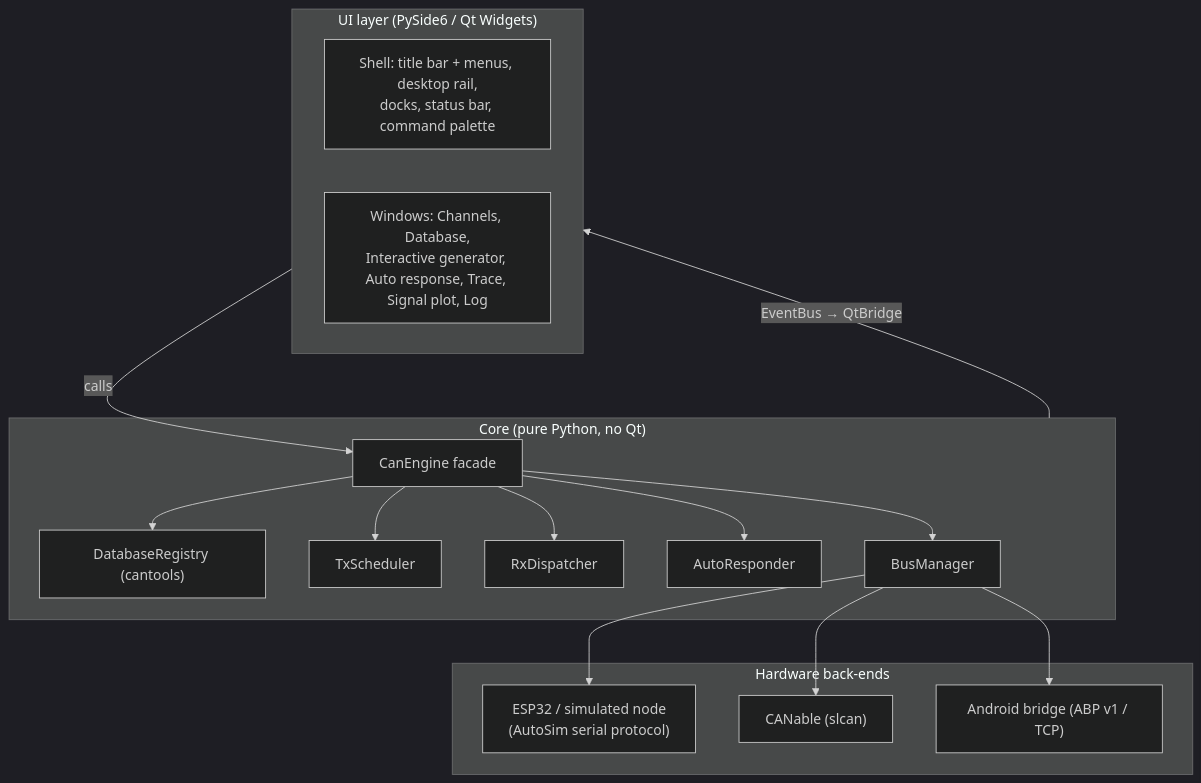
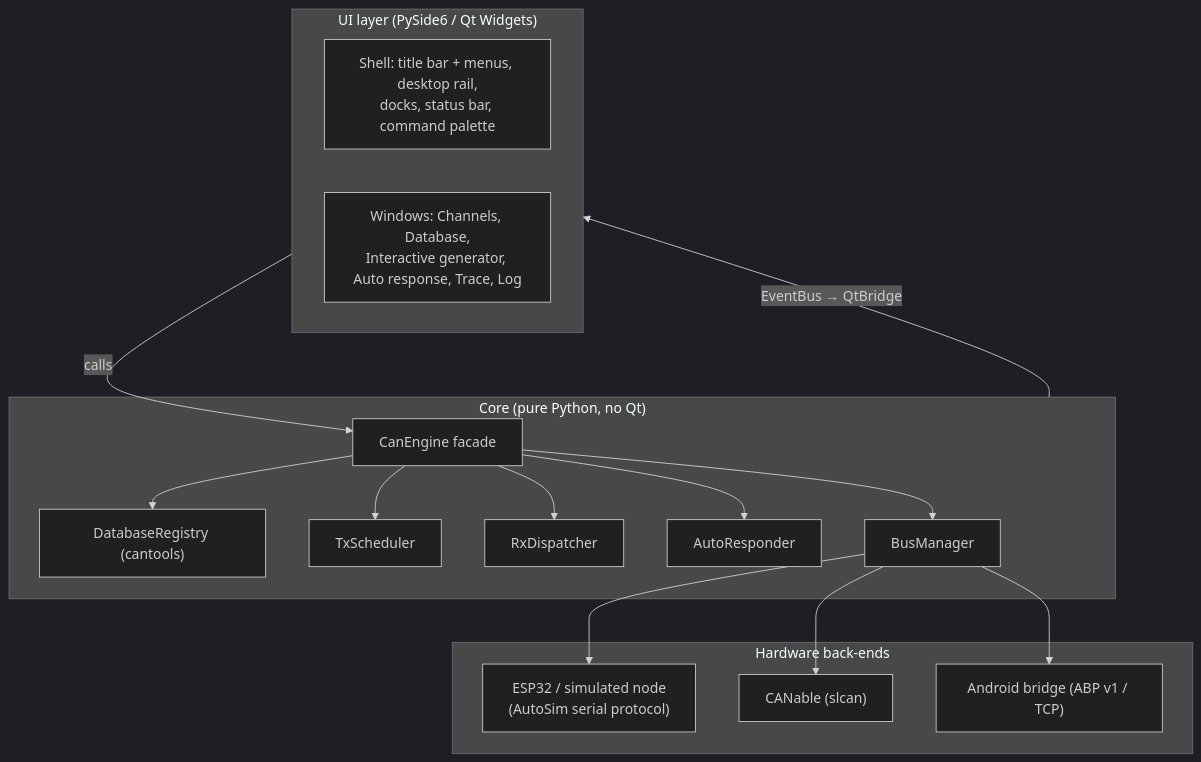
One commit to Thuongst97/CAN_SIMULATOR changed the second of 2 diagrams in docs/design/SYSTEM_DESIGN.md. Above: the diagram before and after it, drawn with Mermaid (dark theme). The commit also changed other lines of this file and 24 other files, not shown here.

First line of the commit message:
Remove the Signal plot; slimmer desktop build

````diff
--- a/docs/design/SYSTEM_DESIGN.md
+++ b/docs/design/SYSTEM_DESIGN.md
@@ -105,24 +105,24 @@
 ```mermaid
 flowchart TB
     subgraph ui["UI layer (PySide6 / Qt Widgets)"]
         shell["Shell: title bar + menus, desktop rail,<br/>docks, status bar, command palette"]
-        panels["Windows: Channels, Database,<br/>Interactive generator, Auto response, Trace, Signal plot, Log"]
+        panels["Windows: Channels, Database,<br/>Interactive generator, Auto response, Trace, Log"]
     end
     subgraph core["Core (pure Python, no Qt)"]
         engine["CanEngine facade"]
         db["DatabaseRegistry (cantools)"]
         tx["TxScheduler"]
         rx["RxDispatcher"]
         ar["AutoResponder"]
         bus["BusManager"]
     end
     subgraph hw["Hardware back-ends"]
         esp["ESP32 / simulated node<br/>(AutoSim serial protocol)"]
         slcan["CANable (slcan)"]
         br["Android bridge (ABP v1 / TCP)"]
     end
     ui -- "calls" --> engine
     core -- "EventBus → QtBridge" --> ui
     engine --> db & tx & rx & ar & bus
     bus --> esp & slcan & br
 ```
````
